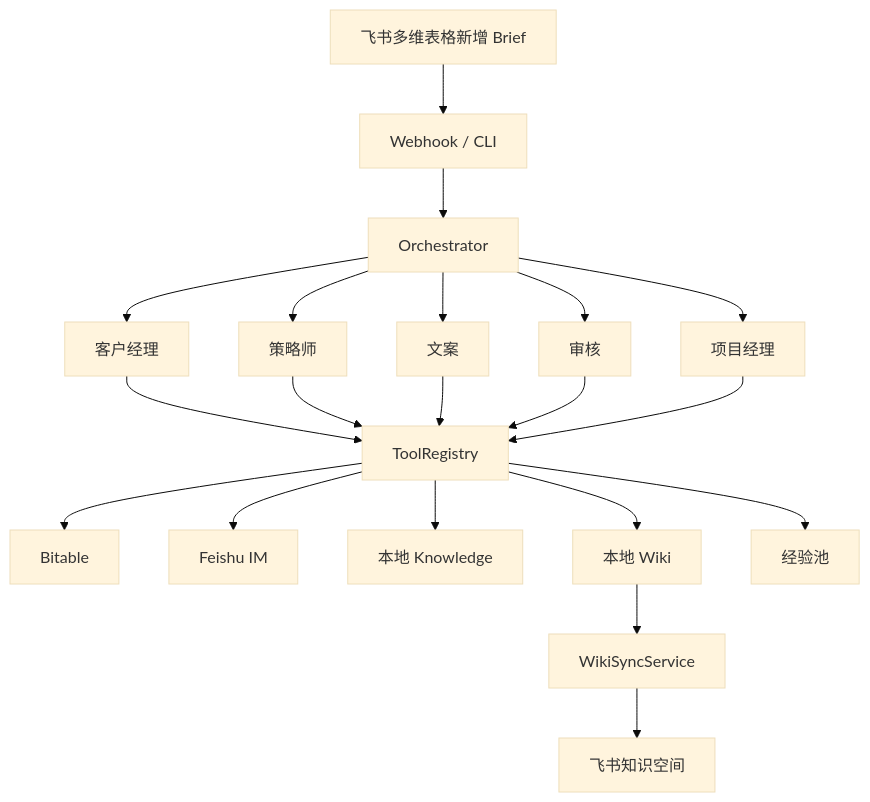
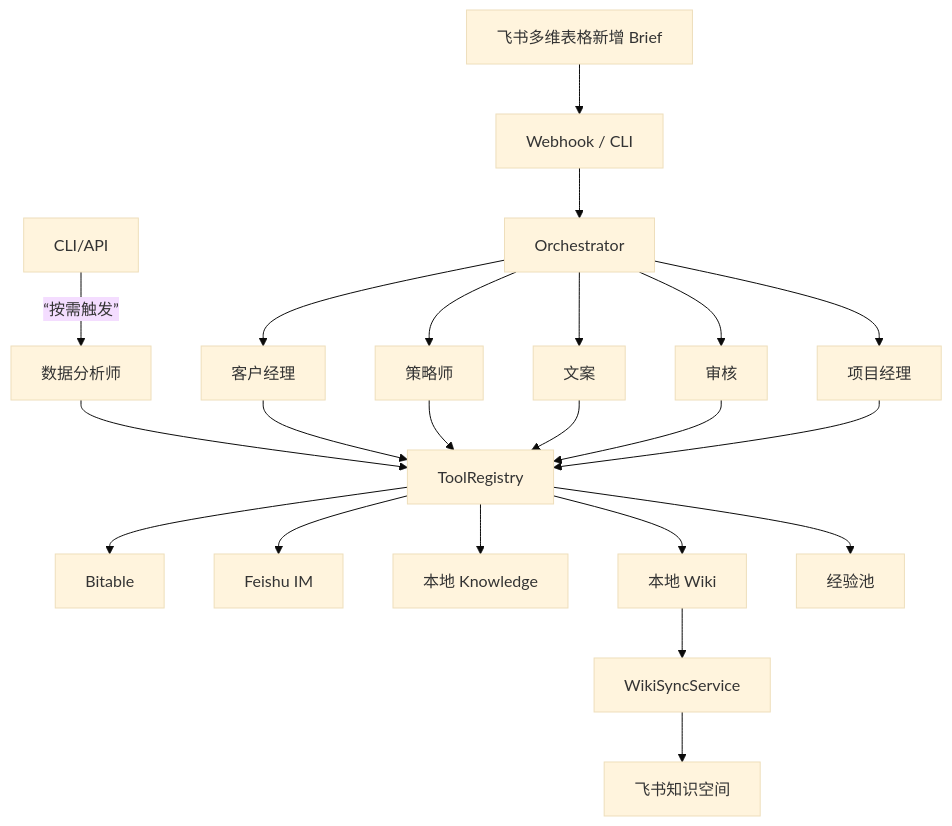
Before and after one commit to Concentration-point/feishu-multi-agent: the diagram in docs/presentation/02-系统架构图.md, drawn with Mermaid (base theme). The commit also changed other lines of this file and 6 other files, not shown here.

````diff
--- a/docs/presentation/02-系统架构图.md
+++ b/docs/presentation/02-系统架构图.md
@@ -15,26 +15,29 @@
 ```mermaid
 flowchart TD
     A[飞书多维表格新增 Brief] --> B[Webhook / CLI]
     B --> C[Orchestrator]
 
     C --> D1[客户经理]
     C --> D2[策略师]
     C --> D3[文案]
     C --> D4[审核]
     C --> D5[项目经理]
+
+    CLI/API --“按需触发”--> D6[数据分析师]
+    D6 --> E
 
     D1 --> E[ToolRegistry]
     D2 --> E
     D3 --> E
     D4 --> E
     D5 --> E
 
     E --> F1[Bitable]
     E --> F2[Feishu IM]
     E --> F3[本地 Knowledge]
     E --> F4[本地 Wiki]
     E --> F5[经验池]
 
     F4 --> G[WikiSyncService]
     G --> H[飞书知识空间]
 ```
````
